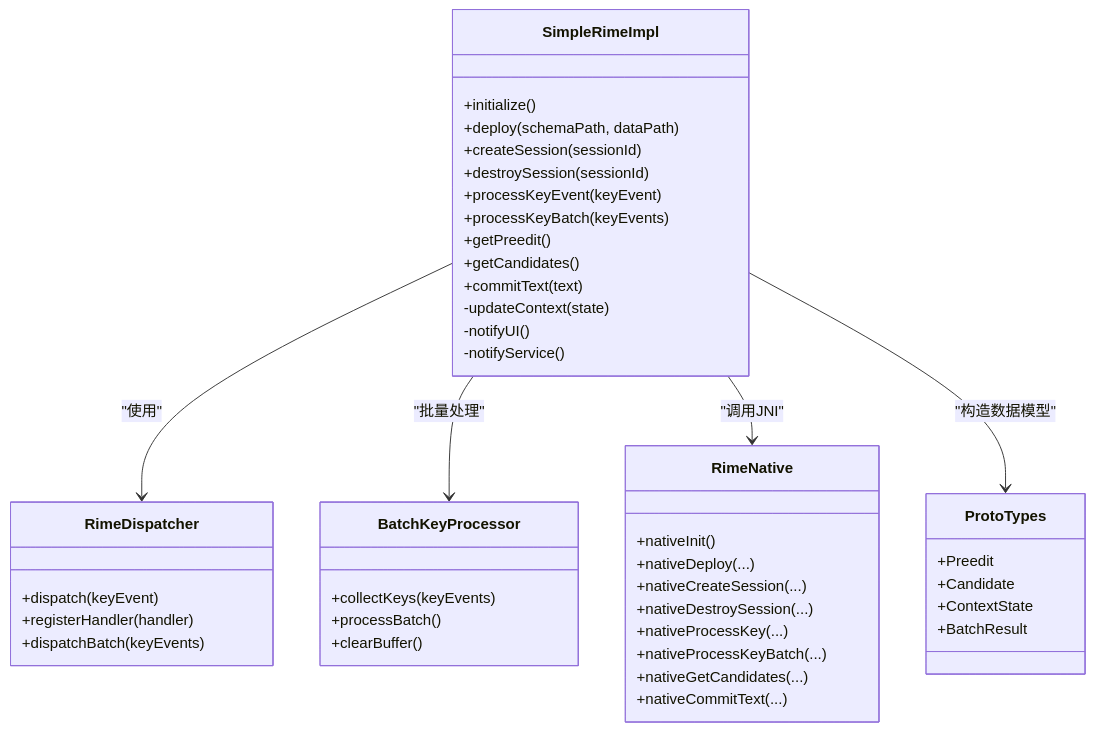
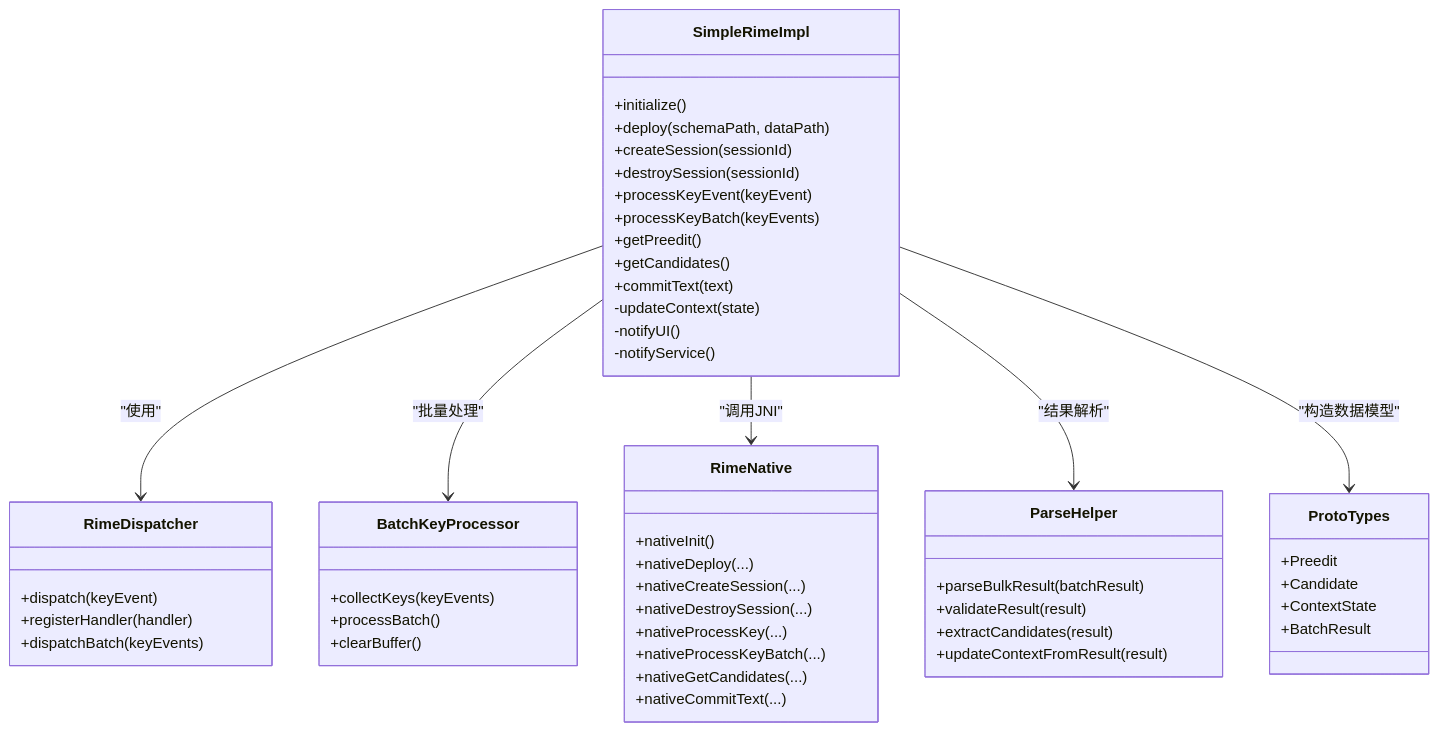
The third of 10 diagrams in .qoder/repowiki/zh/content/架构设计/分层架构设计/业务逻辑层/SimpleRimeImpl 核心实现.md (qiaodashaoye/ziyou-ime), drawn with Mermaid before and after one commit. The commit also changed other lines of this file and 14 other files, not shown here.

````diff
--- a/.qoder/repowiki/zh/content/架构设计/分层架构设计/业务逻辑层/SimpleRimeImpl 核心实现.md
+++ b/.qoder/repowiki/zh/content/架构设计/分层架构设计/业务逻辑层/SimpleRimeImpl 核心实现.md
@@ -166,47 +170,54 @@
 ```mermaid
 classDiagram
 class SimpleRimeImpl {
 +initialize()
 +deploy(schemaPath, dataPath)
 +createSession(sessionId)
 +destroySession(sessionId)
 +processKeyEvent(keyEvent)
 +processKeyBatch(keyEvents)
 +getPreedit()
 +getCandidates()
 +commitText(text)
 -updateContext(state)
 -notifyUI()
 -notifyService()
 }
 class RimeDispatcher {
 +dispatch(keyEvent)
 +registerHandler(handler)
 +dispatchBatch(keyEvents)
 }
 class BatchKeyProcessor {
 +collectKeys(keyEvents)
 +processBatch()
 +clearBuffer()
 }
 class RimeNative {
 +nativeInit()
 +nativeDeploy(...)
 +nativeCreateSession(...)
 +nativeDestroySession(...)
 +nativeProcessKey(...)
 +nativeProcessKeyBatch(...)
 +nativeGetCandidates(...)
 +nativeCommitText(...)
 }
+class ParseHelper {
++parseBulkResult(batchResult)
++validateResult(result)
++extractCandidates(result)
++updateContextFromResult(result)
+}
 class ProtoTypes {
 +Preedit
 +Candidate
 +ContextState
 +BatchResult
 }
 SimpleRimeImpl --> RimeDispatcher : "使用"
 SimpleRimeImpl --> BatchKeyProcessor : "批量处理"
 SimpleRimeImpl --> RimeNative : "调用JNI"
+SimpleRimeImpl --> ParseHelper : "结果解析"
 SimpleRimeImpl --> ProtoTypes : "构造数据模型"
 ```
````
